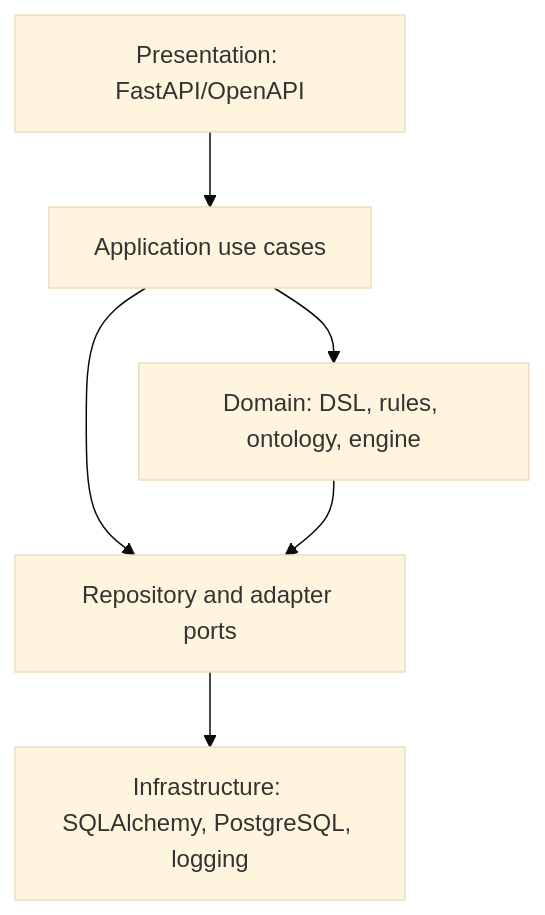
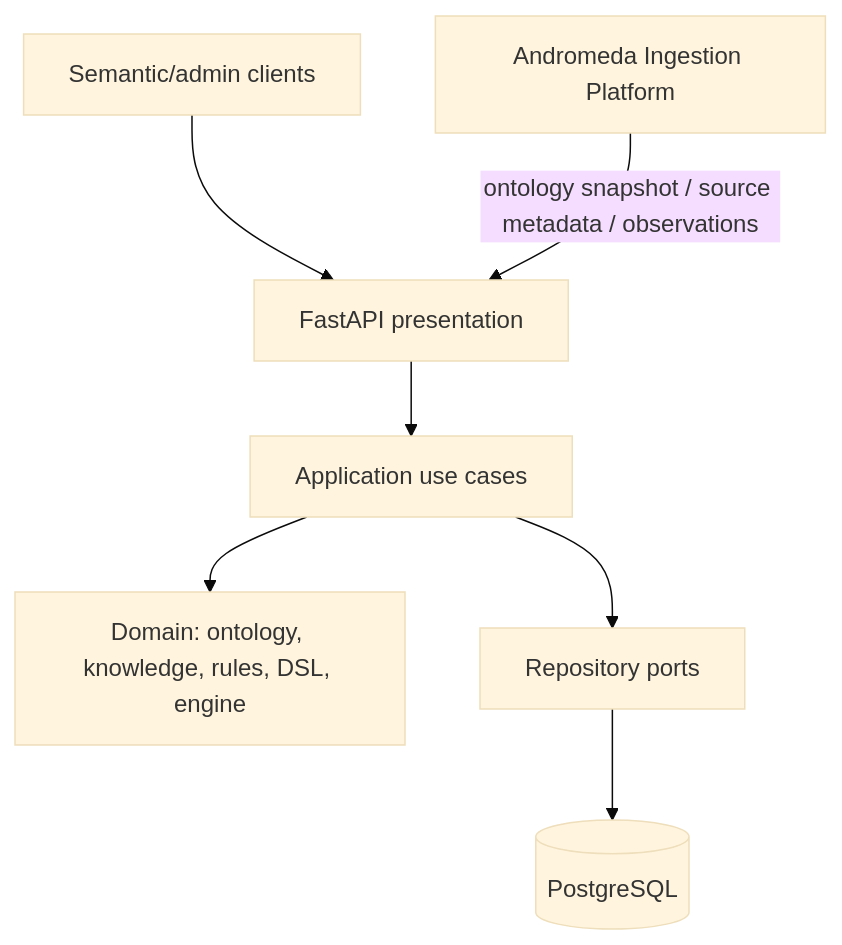
Before and after one commit to artemnoor/andromeda-knowledge-core: the diagram in docs/architecture.md, drawn with Mermaid (base theme). The commit also changed other lines of this file and 39 other files, not shown here.

Commit message:
refactor(core): separate ingestion from knowledge core

````diff
--- a/docs/architecture.md
+++ b/docs/architecture.md
@@ -6,8 +6,9 @@
-~~~mermaid
+```mermaid
 flowchart TB
-  P[Presentation: FastAPI/OpenAPI] --> A[Application use cases]
-  A --> D[Domain: DSL, rules, ontology, engine]
-  A --> R[Repository and adapter ports]
-  R --> I[Infrastructure: SQLAlchemy, PostgreSQL, logging]
-  D --> R
-~~~
+  Client[Semantic/admin clients] --> API[FastAPI presentation]
+  API --> App[Application use cases]
+  App --> Domain[Domain: ontology, knowledge, rules, DSL, engine]
+  App --> Ports[Repository ports]
+  Ports --> DB[(PostgreSQL)]
+  Ingestion[Andromeda Ingestion Platform] -->|ontology snapshot / source metadata / observations| API
+```
````
